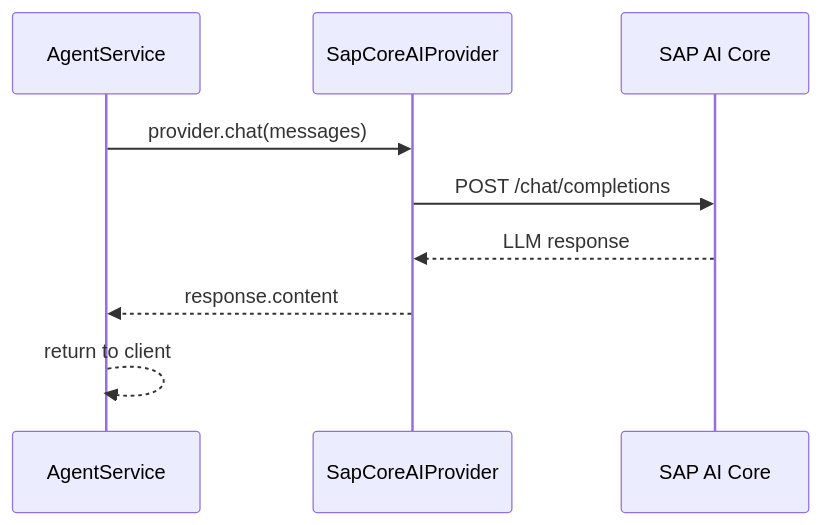
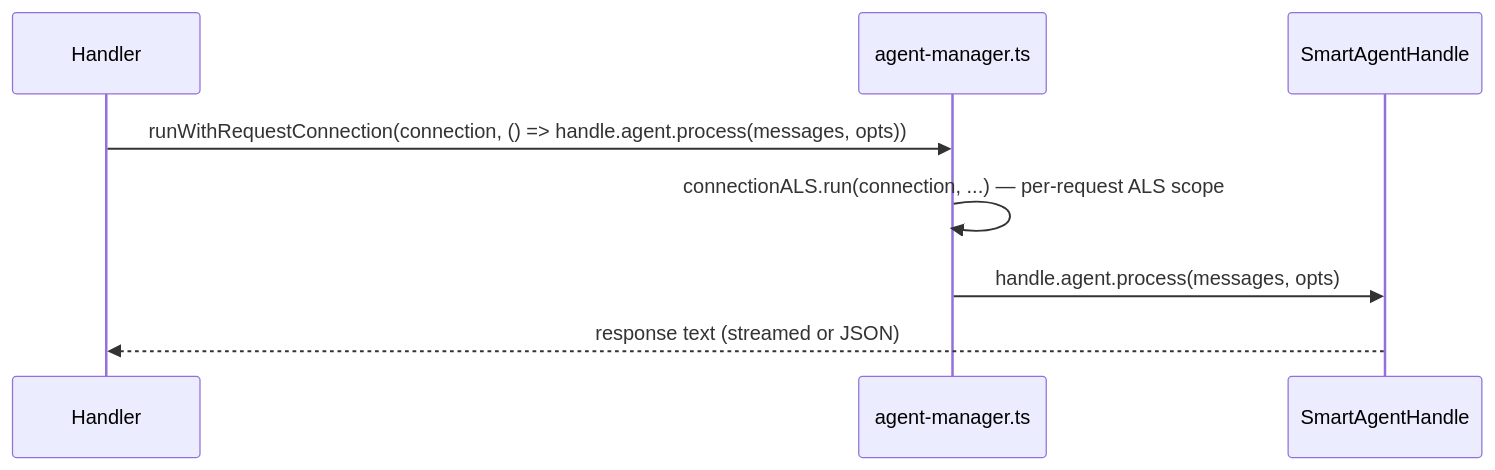
Diagram 11 of 24 in docs/architecture/ARCHITECTURE.md (fr0ster/cloud-llm-hub), drawn with Mermaid before and after one commit. The commit also changed other lines of this file, not shown here.

First line of the commit message:
docs(architecture): correct stale agent-surface / file-layout / ToC to current reality (PR-186)

````diff
--- a/docs/architecture/ARCHITECTURE.md
+++ b/docs/architecture/ARCHITECTURE.md
@@ -544,12 +709,11 @@
 ```mermaid
 sequenceDiagram
-    participant Srv as AgentService
-    participant Provider as SapCoreAIProvider
-    participant AICore as SAP AI Core
+    participant Handler as Handler
+    participant Mgr as agent-manager.ts
+    participant Handle as SmartAgentHandle
 
-    Srv->>Provider: provider.chat(messages)
-    Provider->>AICore: POST /chat/completions
-    AICore-->>Provider: LLM response
-    Provider-->>Srv: response.content
-    Srv-->>Srv: return to client
+    Handler->>Mgr: runWithRequestConnection(connection, () => handle.agent.process(messages, opts))
+    Mgr->>Mgr: connectionALS.run(connection, ...) — per-request ALS scope
+    Mgr->>Handle: handle.agent.process(messages, opts)
+    Handle-->>Handler: response text (streamed or JSON)
 ```
````
